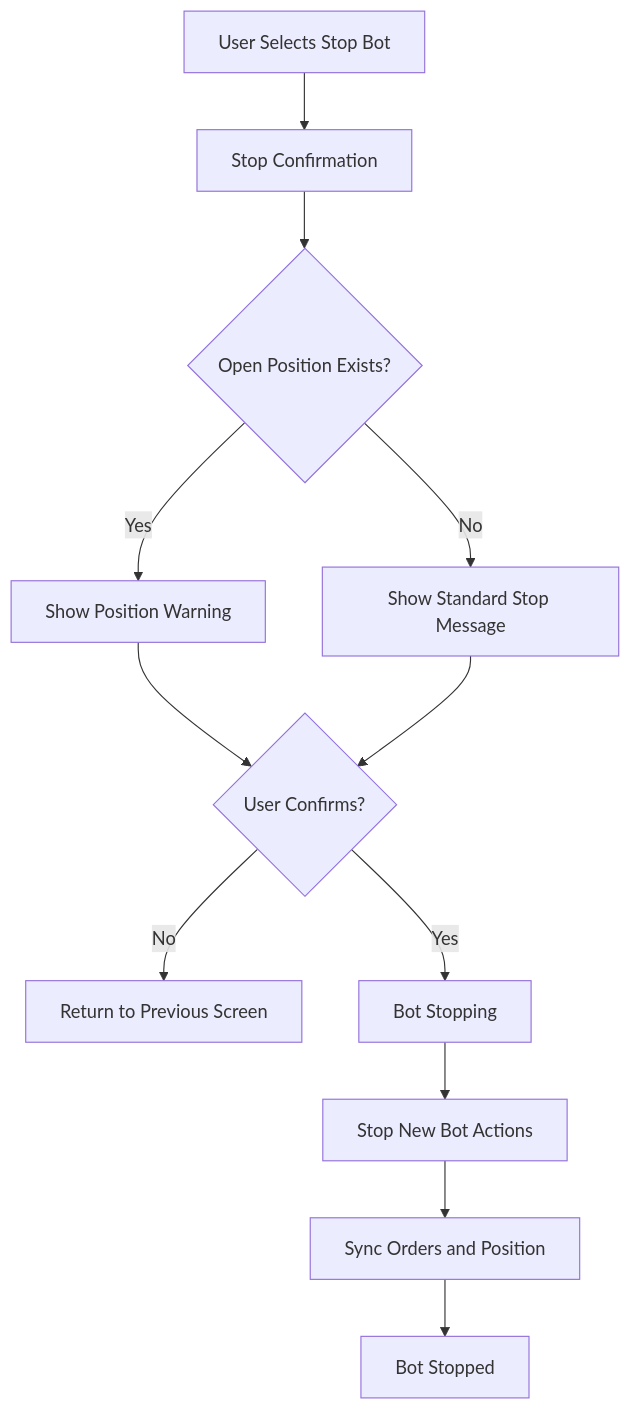
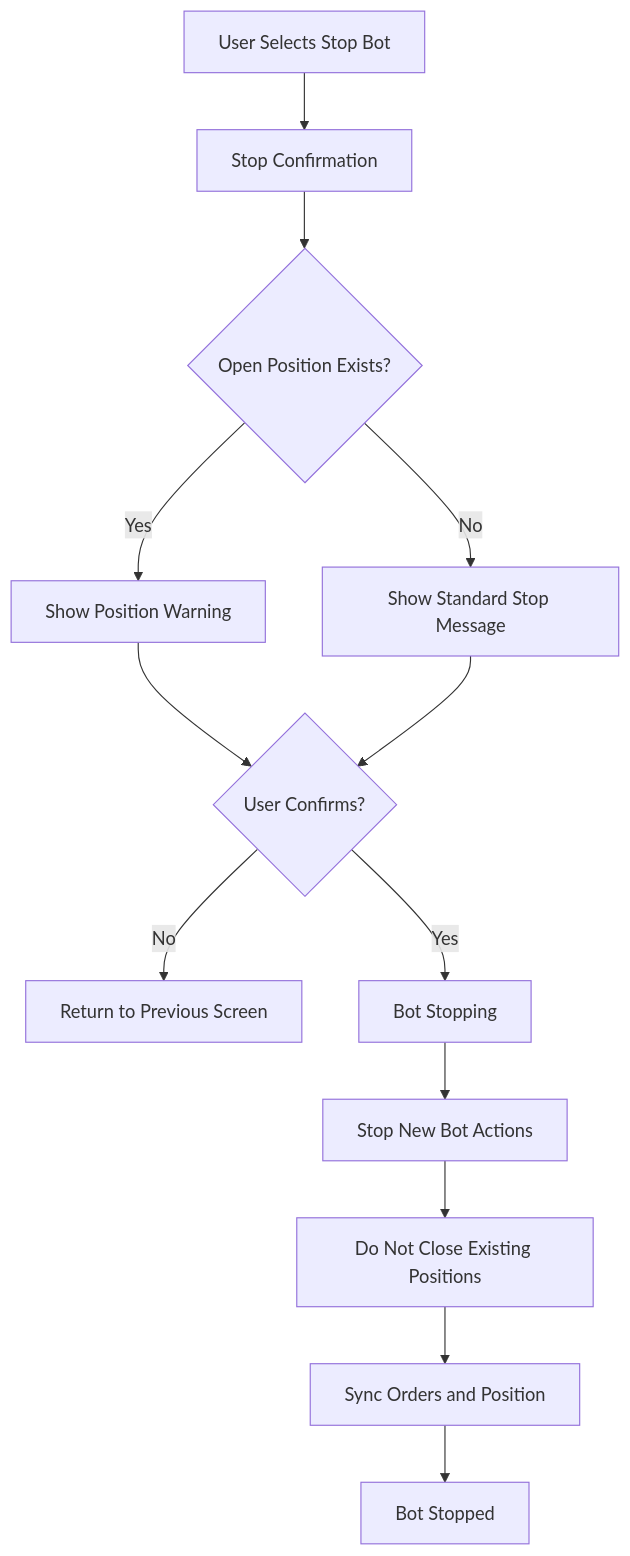
One commit to yukasung/tiewtrade changed diagram 11 of 25 in docs/user-flow.md. Above: the diagram before and after it, drawn with Mermaid. The commit also changed other lines of this file and 5 other files, not shown here.

Commit message:
Align architecture documentation decisions

````diff
--- a/docs/user-flow.md
+++ b/docs/user-flow.md
@@ -794,14 +797,15 @@
 ```mermaid
 flowchart TD
     A["User Selects Stop Bot"] --> B["Stop Confirmation"]
     B --> C{"Open Position Exists?"}
     C -- "Yes" --> D["Show Position Warning"]
     C -- "No" --> E["Show Standard Stop Message"]
     D --> F{"User Confirms?"}
     E --> F
     F -- "No" --> G["Return to Previous Screen"]
     F -- "Yes" --> H["Bot Stopping"]
     H --> I["Stop New Bot Actions"]
-    I --> J["Sync Orders and Position"]
-    J --> K["Bot Stopped"]
+    I --> J["Do Not Close Existing Positions"]
+    J --> K["Sync Orders and Position"]
+    K --> L["Bot Stopped"]
 ```
````
